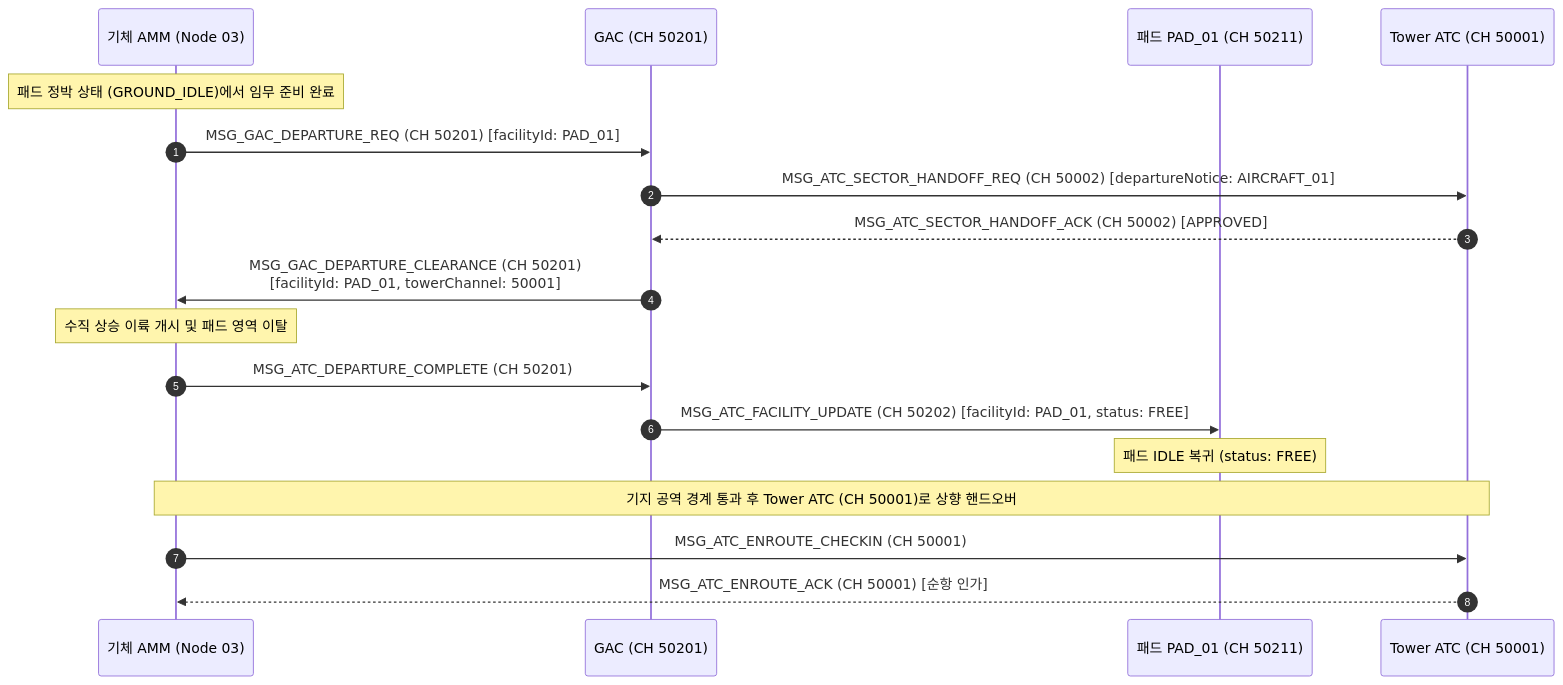
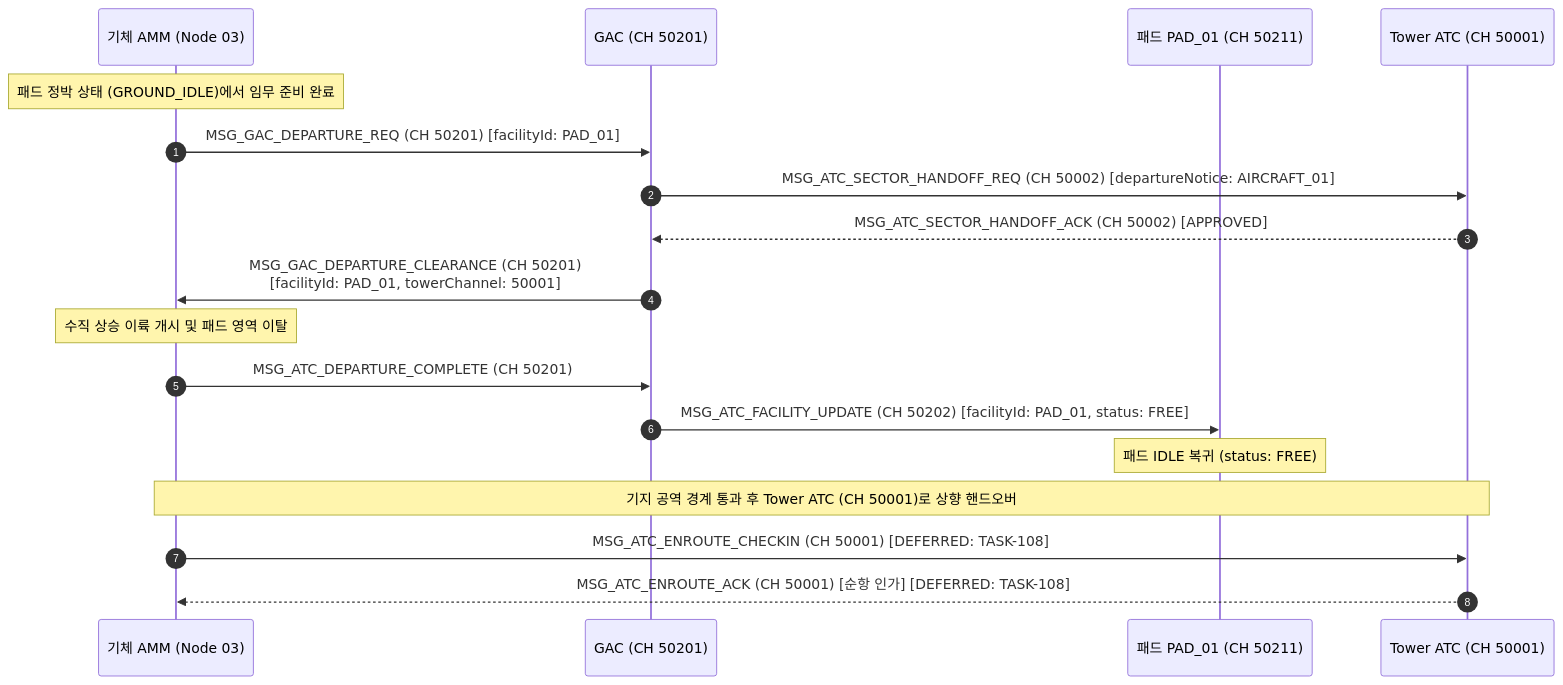
The fifth of 5 diagrams in docs/specs/0_infra/gac/GAC_PROGRAM_SPECIFICATION_AND_ICD.md (Polimachi/Aeroneutics_Autopilot), drawn with Mermaid before and after one commit. The commit also changed other lines of this file and 4 other files, not shown here.

Commit message:
docs(spec): complete Task 5 infra/diagram/ICD hygiene, R4 drifts, and v+0.0.1 sync (TASK-019)

````diff
--- a/docs/specs/0_infra/gac/GAC_PROGRAM_SPECIFICATION_AND_ICD.md
+++ b/docs/specs/0_infra/gac/GAC_PROGRAM_SPECIFICATION_AND_ICD.md
@@ -612,23 +613,23 @@
 ```mermaid
 sequenceDiagram
     autonumber
     participant U as 기체 AMM (Node 03)
     participant G as GAC (CH 50201)
     participant P as 패드 PAD_01 (CH 50211)
     participant T as Tower ATC (CH 50001)
 
     Note over U: 패드 정박 상태 (GROUND_IDLE)에서 임무 준비 완료
     U->>G: MSG_GAC_DEPARTURE_REQ (CH 50201) [facilityId: PAD_01]
     G->>T: MSG_ATC_SECTOR_HANDOFF_REQ (CH 50002) [departureNotice: AIRCRAFT_01]
     T-->>G: MSG_ATC_SECTOR_HANDOFF_ACK (CH 50002) [APPROVED]
     G->>U: MSG_GAC_DEPARTURE_CLEARANCE (CH 50201)<br/>[facilityId: PAD_01, towerChannel: 50001]
 
     Note over U: 수직 상승 이륙 개시 및 패드 영역 이탈
     U->>G: MSG_ATC_DEPARTURE_COMPLETE (CH 50201)
     G->>P: MSG_ATC_FACILITY_UPDATE (CH 50202) [facilityId: PAD_01, status: FREE]
     Note over P: 패드 IDLE 복귀 (status: FREE)
 
     Note over U,T: 기지 공역 경계 통과 후 Tower ATC (CH 50001)로 상향 핸드오버
-    U->>T: MSG_ATC_ENROUTE_CHECKIN (CH 50001)
-    T-->>U: MSG_ATC_ENROUTE_ACK (CH 50001) [순항 인가]
+    U->>T: MSG_ATC_ENROUTE_CHECKIN (CH 50001) [DEFERRED: TASK-108]
+    T-->>U: MSG_ATC_ENROUTE_ACK (CH 50001) [순항 인가] [DEFERRED: TASK-108]
 ```
````
